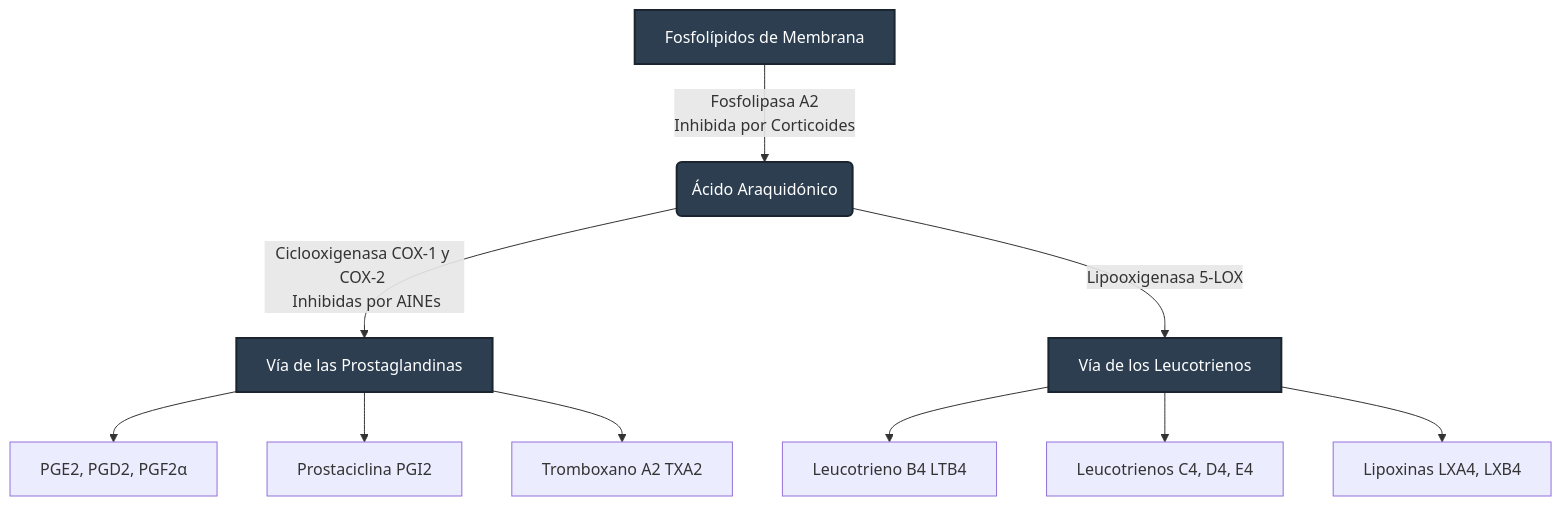
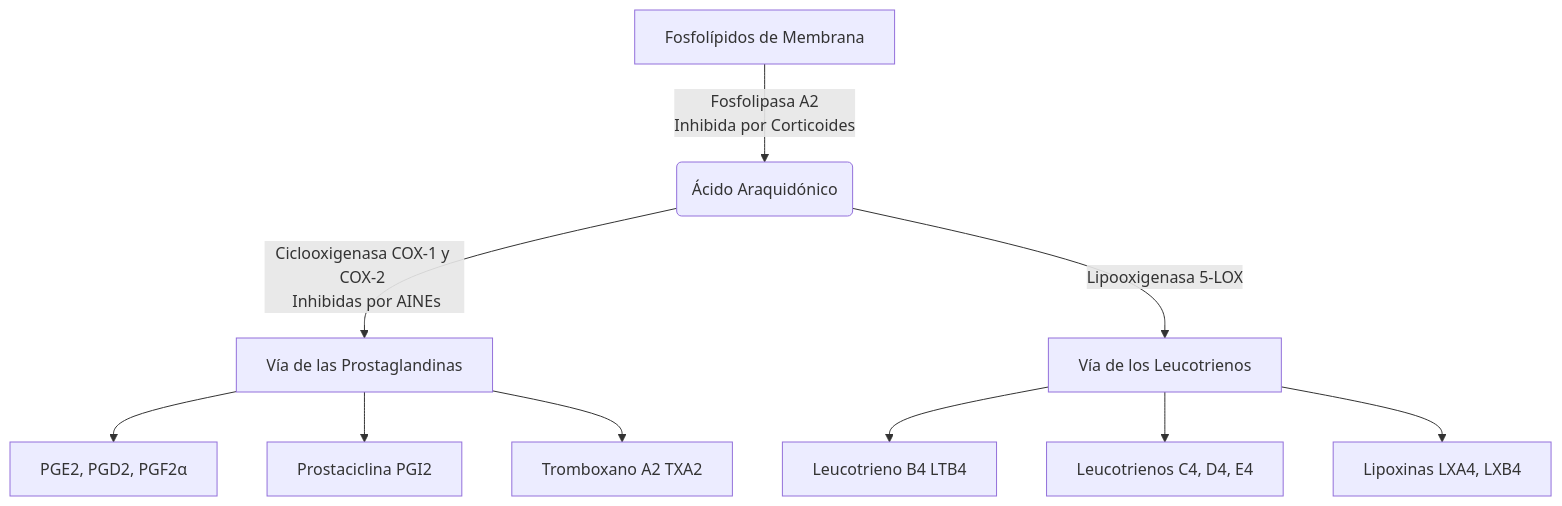
The first of 2 diagrams in content/medicina/semestre-04/cirugia-general-repasos/repaso-02.mdx (Uremy/taimilog), drawn with Mermaid before and after one commit. The commit also changed other lines of this file and 13 other files, not shown here.

Commit message:
chore: add beautiful-mermaid package and update dependencies in package.json and package-lock.json

````diff
--- a/content/medicina/semestre-04/cirugia-general-repasos/repaso-02.mdx
+++ b/content/medicina/semestre-04/cirugia-general-repasos/repaso-02.mdx
@@ -266,18 +309,15 @@
 ```mermaid
-graph TD
-    A[Fosfolípidos de Membrana] -->|Fosfolipasa A2 \n Inhibida por Corticoides| B(Ácido Araquidónico)
+flowchart TD
+    A["Fosfolípidos de Membrana"] -->|"Fosfolipasa A2 <br/> Inhibida por Corticoides"| B("Ácido Araquidónico")
     
-    B -->|Ciclooxigenasa COX-1 y COX-2 \n Inhibidas por AINEs| C[Vía de las Prostaglandinas]
-    B -->|Lipooxigenasa 5-LOX| D[Vía de los Leucotrienos]
+    B -->|"Ciclooxigenasa COX-1 y COX-2 <br/> Inhibidas por AINEs"| C["Vía de las Prostaglandinas"]
+    B -->|"Lipooxigenasa 5-LOX"| D["Vía de los Leucotrienos"]
 
-    C --> E[PGE2, PGD2, PGF2α]
-    C --> F[Prostaciclina PGI2]
-    C --> G[Tromboxano A2 TXA2]
+    C --> E["PGE2, PGD2, PGF2α"]
+    C --> F["Prostaciclina PGI2"]
+    C --> G["Tromboxano A2 TXA2"]
 
-    D --> H[Leucotrieno B4 LTB4]
-    D --> I[Leucotrienos C4, D4, E4]
-    D --> J[Lipoxinas LXA4, LXB4]
-    
-    classDef enzima fill:#2c3e50,stroke:#1a252f,stroke-width:2px,color:#fff;
-    class A,B,C,D enzima;
+    D --> H["Leucotrieno B4 LTB4"]
+    D --> I["Leucotrienos C4, D4, E4"]
+    D --> J["Lipoxinas LXA4, LXB4"]
 ```
````
